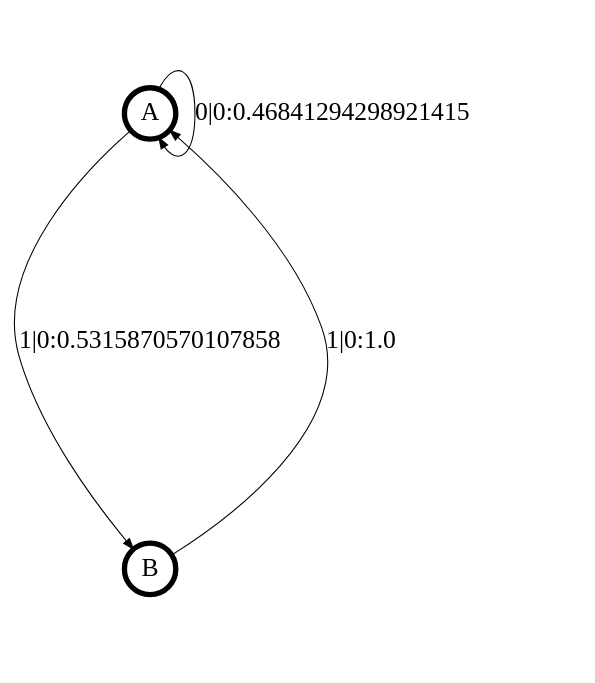
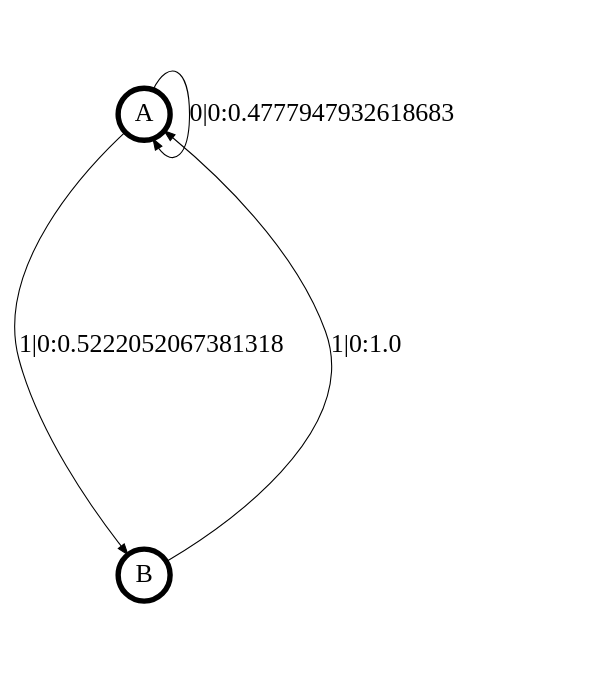
The diagram in transCSSR_results/+even_inf.dot (ddarmon/transCSSR), drawn with Graphviz before and after one commit. The commit also changed 15 other files, not shown here.

```diff
--- a/transCSSR_results/+even_inf.dot
+++ b/transCSSR_results/+even_inf.dot
@@ -1,15 +1,15 @@
 digraph  {
 size = "6,8.5";
 ratio = "fill";
 node
 [shape = circle];
 node [fontsize = 24];
 node [penwidth = 5];
 edge [fontsize = 24];
 node [fontname = "CMU Serif Roman"];
 graph [fontname = "CMU Serif Roman"];
 edge [fontname = "CMU Serif Roman"];
-A -> A [label = "0|0:0.46841294298921415\l"];
-A -> B [label = "1|0:0.5315870570107858\l"];
+A -> A [label = "0|0:0.4777947932618683\l"];
+A -> B [label = "1|0:0.5222052067381318\l"];
 B -> A [label = "1|0:1.0\l"];
 }
```
